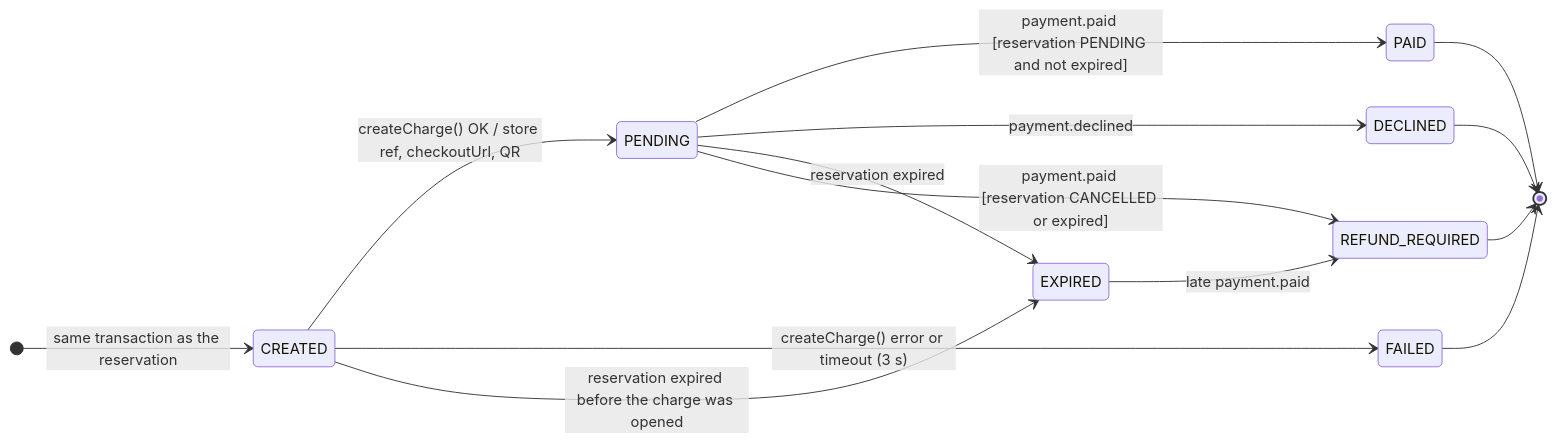
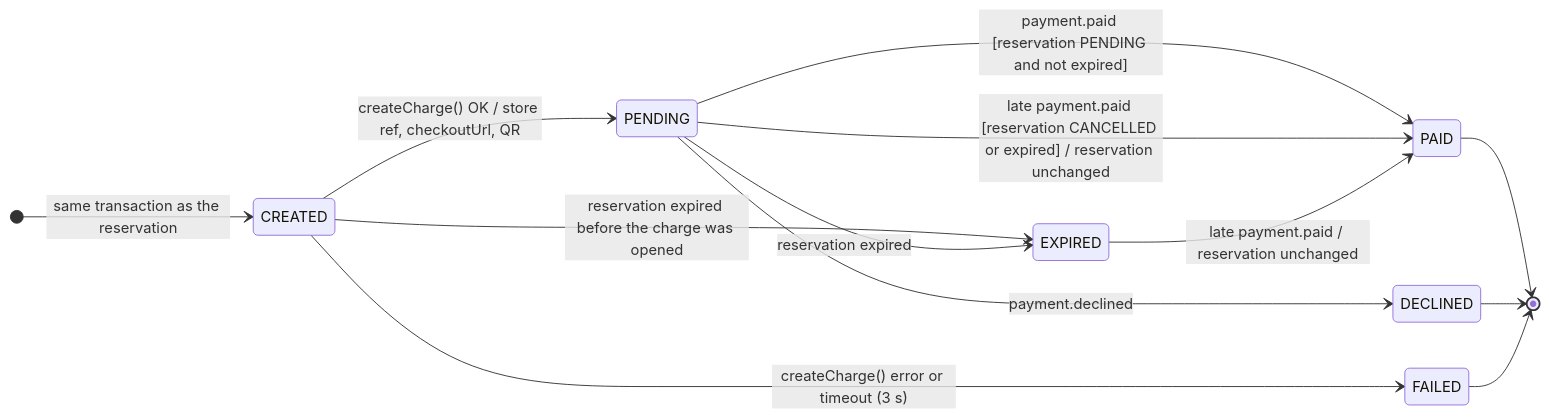
The sixth of 9 diagrams in docs/design/design-spec.md (mpdrao/cotai), drawn with Mermaid before and after one commit. The commit also changed other lines of this file and 32 other files, not shown here.

````diff
--- a/docs/design/design-spec.md
+++ b/docs/design/design-spec.md
@@ -564,17 +537,16 @@
 ```mermaid
 stateDiagram-v2
   direction LR
   [*] --> CREATED : same transaction as the reservation
   CREATED --> PENDING : createCharge() OK / store ref, checkoutUrl, QR
   CREATED --> FAILED : createCharge() error or timeout (3 s)
   CREATED --> EXPIRED : reservation expired before the charge was opened
   PENDING --> PAID : payment.paid [reservation PENDING and not expired]
   PENDING --> DECLINED : payment.declined
   PENDING --> EXPIRED : reservation expired
-  PENDING --> REFUND_REQUIRED : payment.paid [reservation CANCELLED or expired]
-  EXPIRED --> REFUND_REQUIRED : late payment.paid
+  PENDING --> PAID : late payment.paid [reservation CANCELLED or expired] / reservation unchanged
+  EXPIRED --> PAID : late payment.paid / reservation unchanged
   PAID --> [*]
   DECLINED --> [*]
   FAILED --> [*]
-  REFUND_REQUIRED --> [*]
 ```
````
